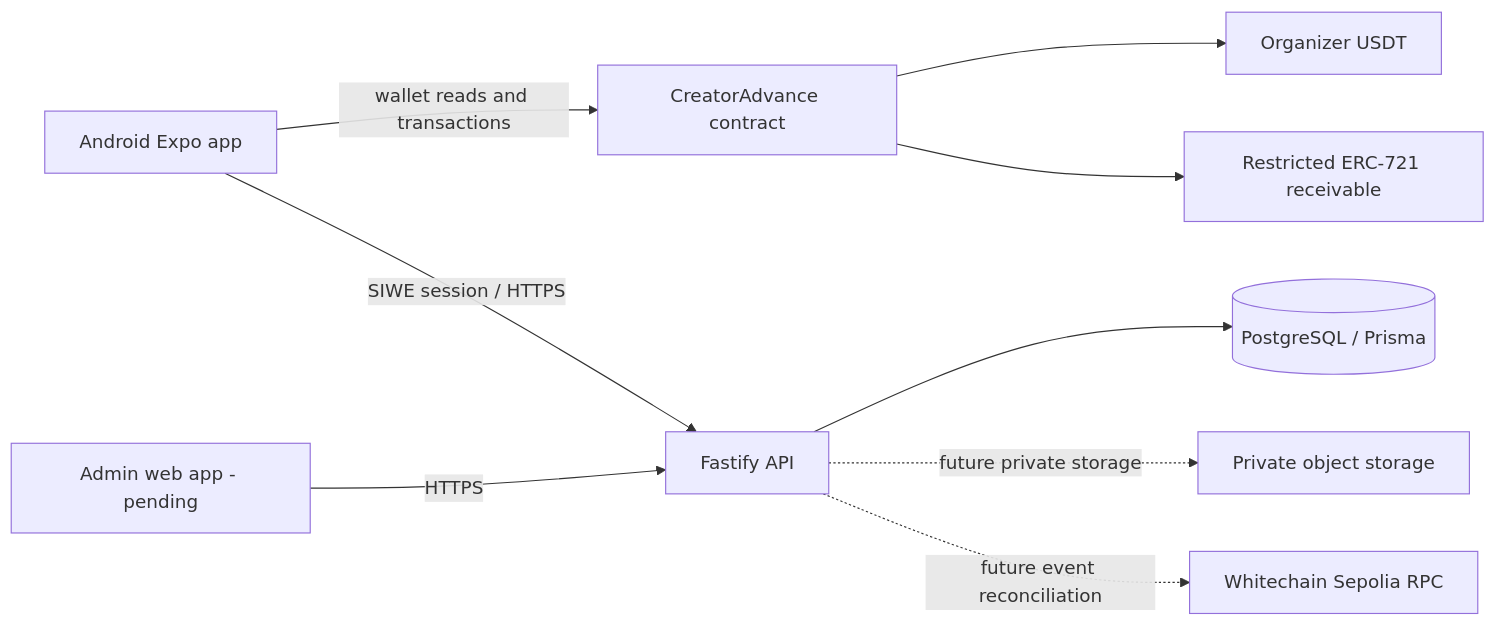
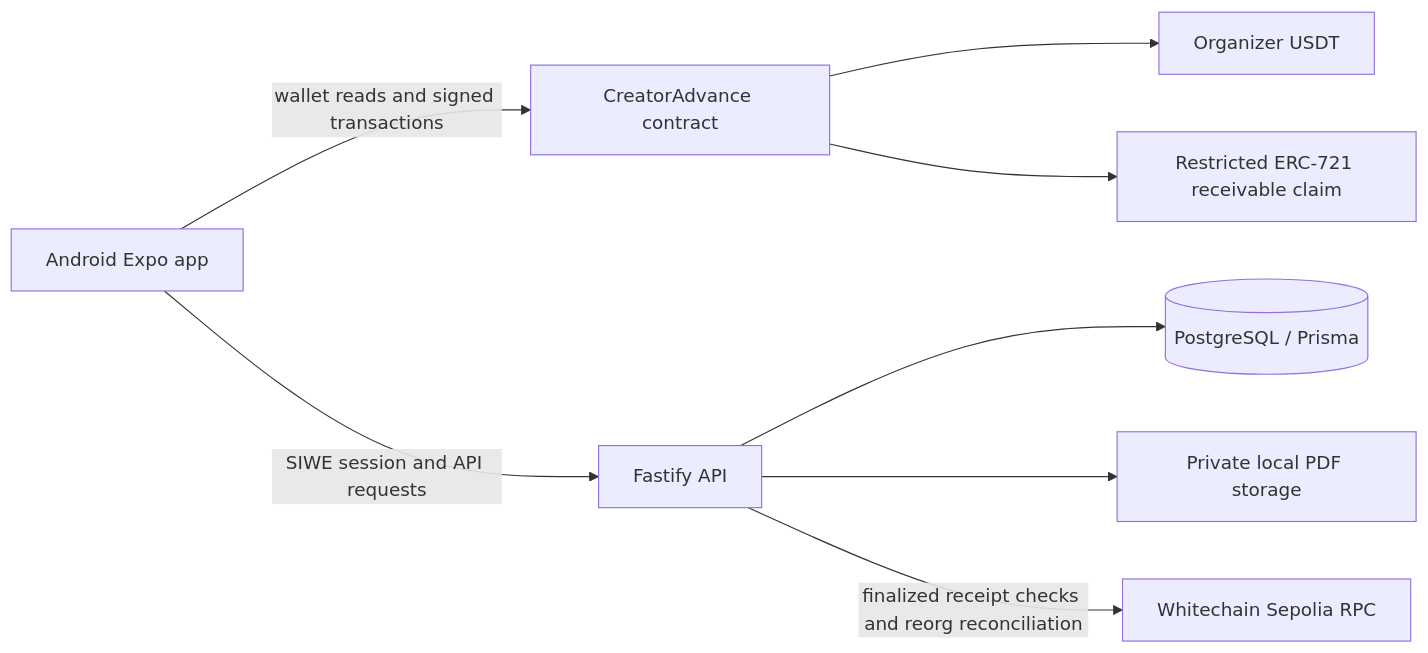
Before and after one commit to yashpunmiya/CreatorAdvance: the diagram in docs/ARCHITECTURE.md, drawn with Mermaid. The commit also changed other lines of this file and 9 other files, not shown here.

Commit message:
docs: prepare CreatorAdvance hackathon submission pack

````diff
--- a/docs/ARCHITECTURE.md
+++ b/docs/ARCHITECTURE.md
@@ -11,11 +11,10 @@
 ```mermaid
 flowchart LR
-  M[Android Expo app] -->|wallet reads and transactions| C[CreatorAdvance contract]
-  M -->|SIWE session / HTTPS| API[Fastify API]
-  A[Admin web app - pending] -->|HTTPS| API
+  M[Android Expo app] -->|wallet reads and signed transactions| C[CreatorAdvance contract]
+  M -->|SIWE session and API requests| API[Fastify API]
   API --> DB[(PostgreSQL / Prisma)]
-  API -. future private storage .-> OS[Private object storage]
-  API -. future event reconciliation .-> RPC[Whitechain Sepolia RPC]
+  API --> FS[Private local PDF storage]
+  API -->|finalized receipt checks and reorg reconciliation| RPC[Whitechain Sepolia RPC]
   C --> T[Organizer USDT]
-  C --> N[Restricted ERC-721 receivable]
+  C --> N[Restricted ERC-721 receivable claim]
 ```
````
